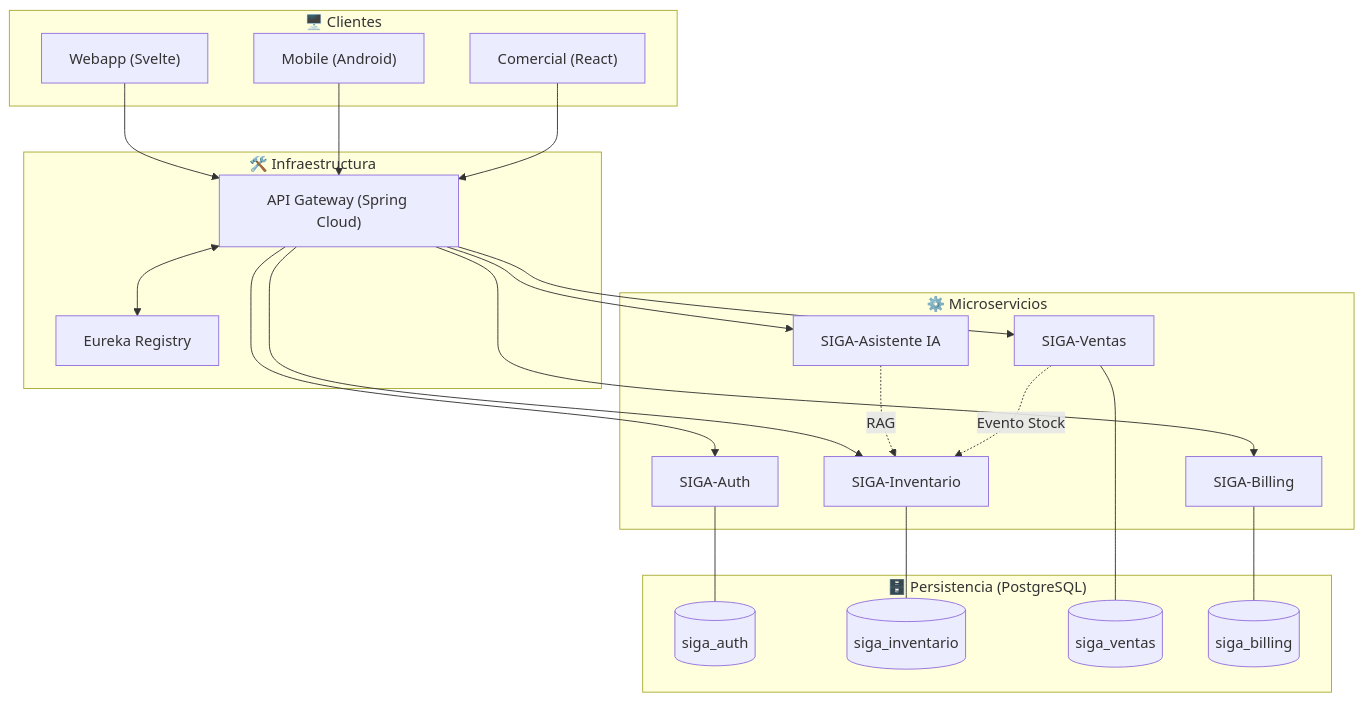
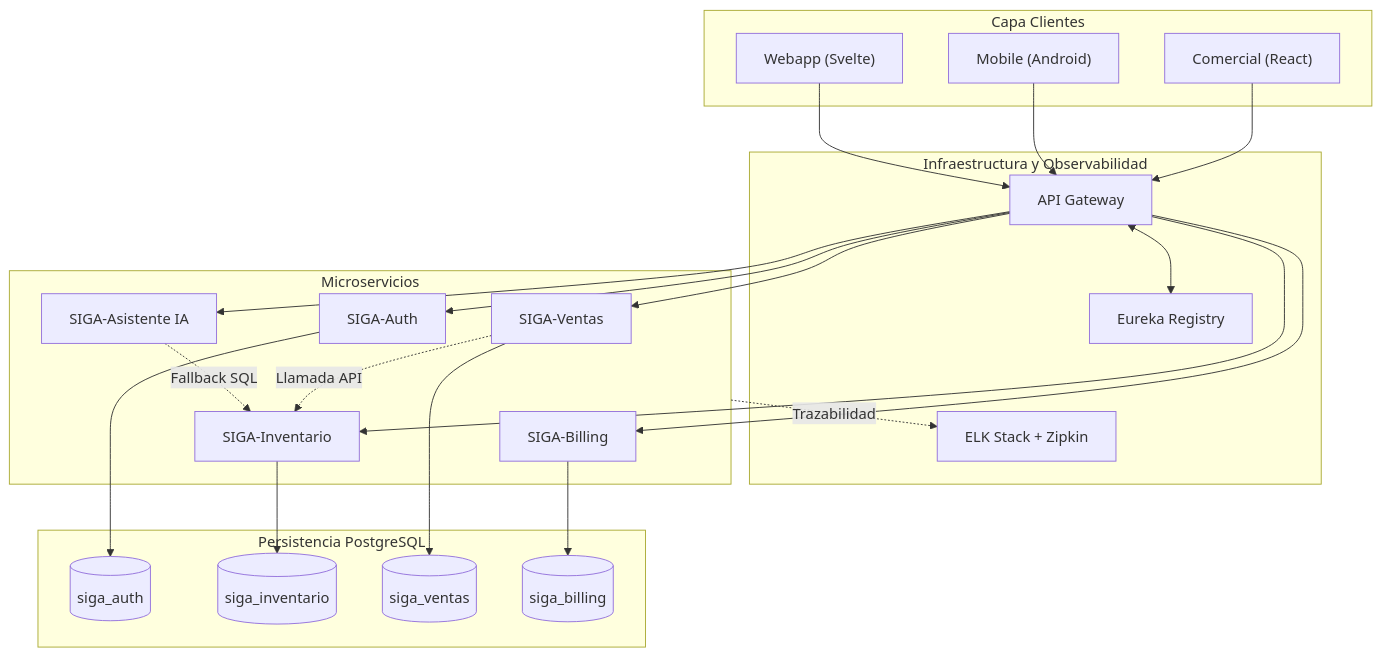
One commit to HecAguilaV/SIGA changed the diagram in EXAMEN/INFORME_FINAL_TRANSVERSAL_SIGA.md. Above: the diagram before and after it, drawn with Mermaid. The commit also changed other lines of this file, not shown here.

Commit message:
docs: corregir diagrama y aplicar rúbrica estricta académica (Sostenibilidad, Ley 21.719, Strangler Fig, ELK)

````diff
--- a/EXAMEN/INFORME_FINAL_TRANSVERSAL_SIGA.md
+++ b/EXAMEN/INFORME_FINAL_TRANSVERSAL_SIGA.md
@@ -29,34 +28,48 @@
 ```mermaid
 graph TB
-    subgraph Clientes["🖥️ Clientes"]
-        WA["Webapp (Svelte)" ]
-        MO["Mobile (Android)" ]
-        CO["Comercial (React)" ]
+    subgraph Clientes["Capa Clientes"]
+        WA["Webapp (Svelte)"]
+        MO["Mobile (Android)"]
+        CO["Comercial (React)"]
     end
-    subgraph Infra["🛠️ Infraestructura"]
-        GW["API Gateway (Spring Cloud)" ]
-        EU["Eureka Registry" ]
+    
+    subgraph Infra["Infraestructura y Observabilidad"]
+        GW["API Gateway"]
+        EU["Eureka Registry"]
+        ELK["ELK Stack + Zipkin"]
     end
-    subgraph Servicios["⚙️ Microservicios"]
-        AU["SIGA‑Auth" ]
-        INV["SIGA‑Inventario" ]
-        VE["SIGA‑Ventas" ]
-        IA["SIGA‑Asistente IA" ]
-        BI["SIGA‑Billing" ]
+    
+    subgraph Servicios["Microservicios"]
+        AU["SIGA-Auth"]
+        INV["SIGA-Inventario"]
+        VE["SIGA-Ventas"]
+        IA["SIGA-Asistente IA"]
+        BI["SIGA-Billing"]
     end
-    subgraph DB["🗄️ Persistencia (PostgreSQL)" ]
+    
+    subgraph DB["Persistencia PostgreSQL"]
         DB1[("siga_auth")]
         DB2[("siga_inventario")]
         DB3[("siga_ventas")]
         DB4[("siga_billing")]
     end
-    WA & MO & CO --> GW
+    
+    WA --> GW
+    MO --> GW
+    CO --> GW
     GW <--> EU
-    GW --> AU & INV & VE & IA & BI
-    AU --- DB1
-    INV --- DB2
-    VE --- DB3
-    BI --- DB4
-    IA -.->|RAG| INV
-    VE -.->|Evento Stock| INV
+    GW --> AU
+    GW --> INV
+    GW --> VE
+    GW --> IA
+    GW --> BI
+    
+    AU --> DB1
+    INV --> DB2
+    VE --> DB3
+    BI --> DB4
+    
+    IA -.->|Fallback SQL| INV
+    VE -.->|Llamada API| INV
+    Servicios -.->|Trazabilidad| ELK
 ```
````
